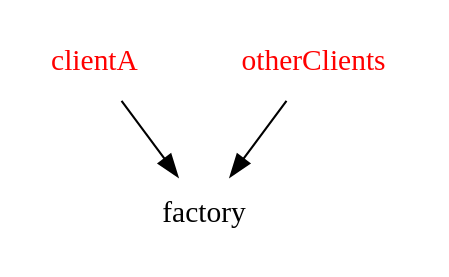
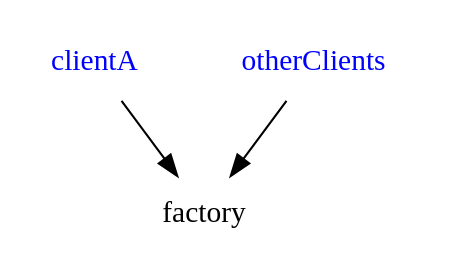
The ninth of 9 diagrams in doc/concepts.rst (it-innovation/sam), drawn with Graphviz before and after one commit. The commit also changed other lines of this file and 3 other files, not shown here.

First line of the commit message:
Show Unknown objects in blue, not red

```diff
--- a/doc/concepts.rst
+++ b/doc/concepts.rst
@@ -108,9 +108,9 @@
   .. graphviz::
 
      digraph msg {
        node[shape=plaintext];
        factory;
-       node[fontcolor=red];
+       node[fontcolor=blue];
        clientA->factory;
        otherClients->factory;
      }
```
